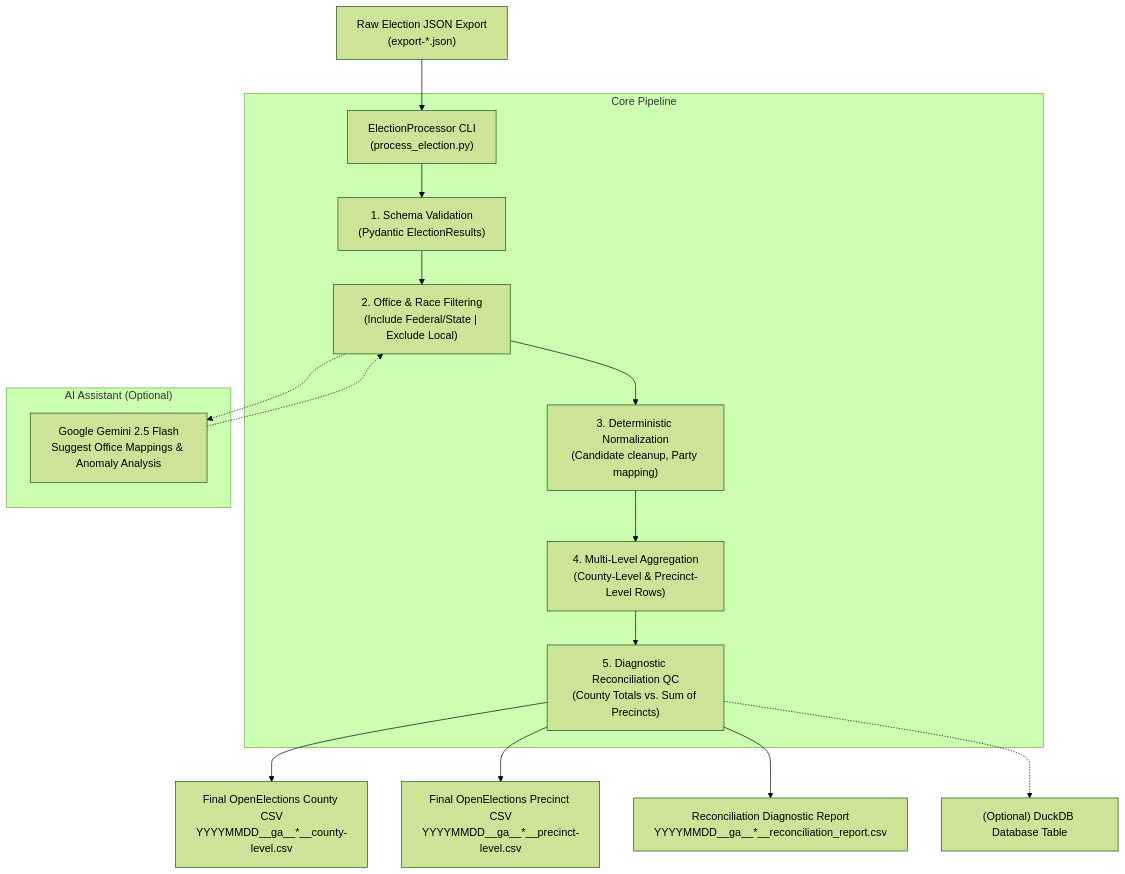
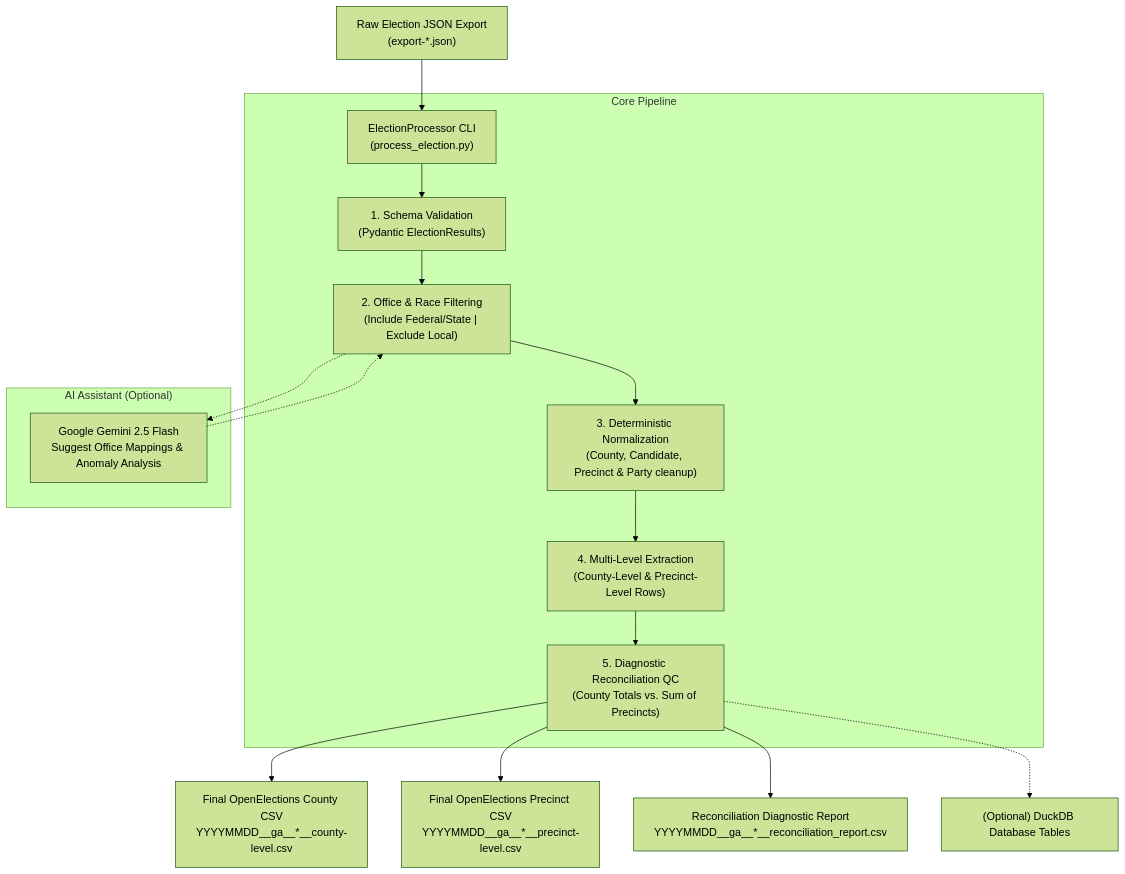
One commit to openelections/openelections-data-ga changed the diagram in enhanced_voting_process/README.md. Above: the diagram before and after it, drawn with Mermaid (forest theme). The commit also changed other lines of this file and 1 other file, not shown here.

````diff
--- a/enhanced_voting_process/README.md
+++ b/enhanced_voting_process/README.md
@@ -29,22 +31,22 @@
 ```mermaid
 flowchart TD
     A["Raw Election JSON Export<br>(export-*.json)"] --> B["ElectionProcessor CLI<br>(process_election.py)"]
-    
+
     subgraph Core ["Core Pipeline"]
         B --> C["1. Schema Validation<br>(Pydantic ElectionResults)"]
         C --> D["2. Office & Race Filtering<br>(Include Federal/State | Exclude Local)"]
-        D --> E["3. Deterministic Normalization<br>(Candidate cleanup, Party mapping)"]
-        E --> F["4. Multi-Level Aggregation<br>(County-Level & Precinct-Level Rows)"]
+        D --> E["3. Deterministic Normalization<br>(County, Candidate, Precinct & Party cleanup)"]
+        E --> F["4. Multi-Level Extraction<br>(County-Level & Precinct-Level Rows)"]
         F --> G["5. Diagnostic Reconciliation QC<br>(County Totals vs. Sum of Precincts)"]
     end
-    
+
     subgraph AI ["AI Assistant (Optional)"]
         D -.-> H["Google Gemini 2.5 Flash<br>Suggest Office Mappings & Anomaly Analysis"]
         H -.-> D
     end
 
     G --> I["Final OpenElections County CSV<br>YYYYMMDD__ga__*__county-level.csv"]
     G --> J["Final OpenElections Precinct CSV<br>YYYYMMDD__ga__*__precinct-level.csv"]
     G --> K["Reconciliation Diagnostic Report<br>YYYYMMDD__ga__*__reconciliation_report.csv"]
-    G -.-> L["(Optional) DuckDB Database Table"]
+    G -.-> L["(Optional) DuckDB Database Tables"]
 ```
````
